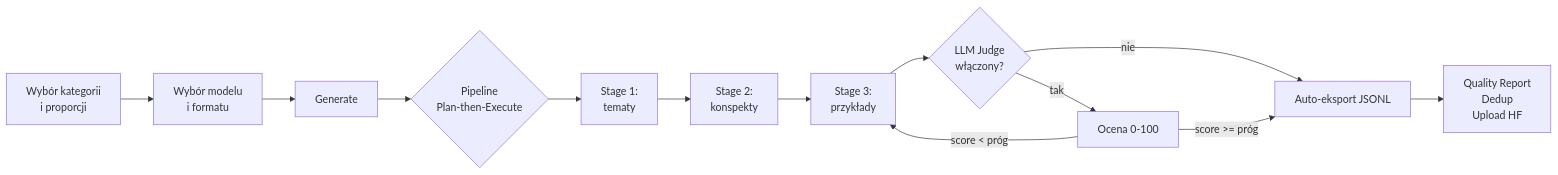
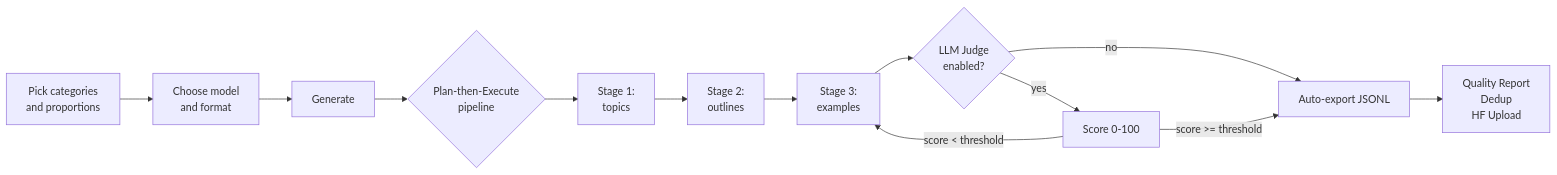
Before and after one commit to AronDaron/dataset-generator: the diagram in README.md, drawn with Mermaid. The commit also changed other lines of this file, not shown here.

````diff
--- a/README.md
+++ b/README.md
@@ -272,15 +272,15 @@
 ```mermaid
 flowchart LR
-    A[Wybór kategorii<br/>i proporcji] --> B[Wybór modelu<br/>i formatu]
+    A[Pick categories<br/>and proportions] --> B[Choose model<br/>and format]
     B --> C[Generate]
-    C --> D{Pipeline<br/>Plan-then-Execute}
-    D --> D1[Stage 1:<br/>tematy]
-    D1 --> D2[Stage 2:<br/>konspekty]
-    D2 --> D3[Stage 3:<br/>przykłady]
-    D3 --> E{LLM Judge<br/>włączony?}
-    E -->|tak| F[Ocena 0-100]
-    E -->|nie| G[Auto-eksport JSONL]
-    F -->|score >= próg| G
-    F -->|score < próg| D3
-    G --> H[Quality Report<br/>Dedup<br/>Upload HF]
+    C --> D{Plan-then-Execute<br/>pipeline}
+    D --> D1[Stage 1:<br/>topics]
+    D1 --> D2[Stage 2:<br/>outlines]
+    D2 --> D3[Stage 3:<br/>examples]
+    D3 --> E{LLM Judge<br/>enabled?}
+    E -->|yes| F[Score 0-100]
+    E -->|no| G[Auto-export JSONL]
+    F -->|score >= threshold| G
+    F -->|score < threshold| D3
+    G --> H[Quality Report<br/>Dedup<br/>HF Upload]
 ```
````
